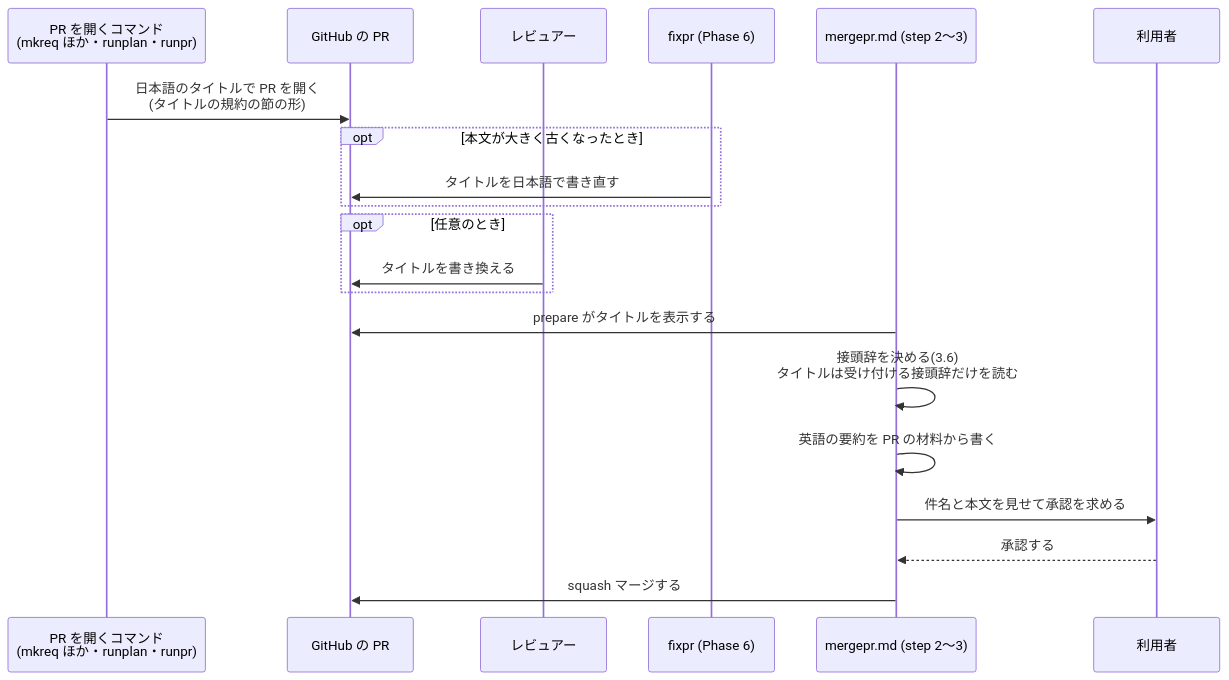
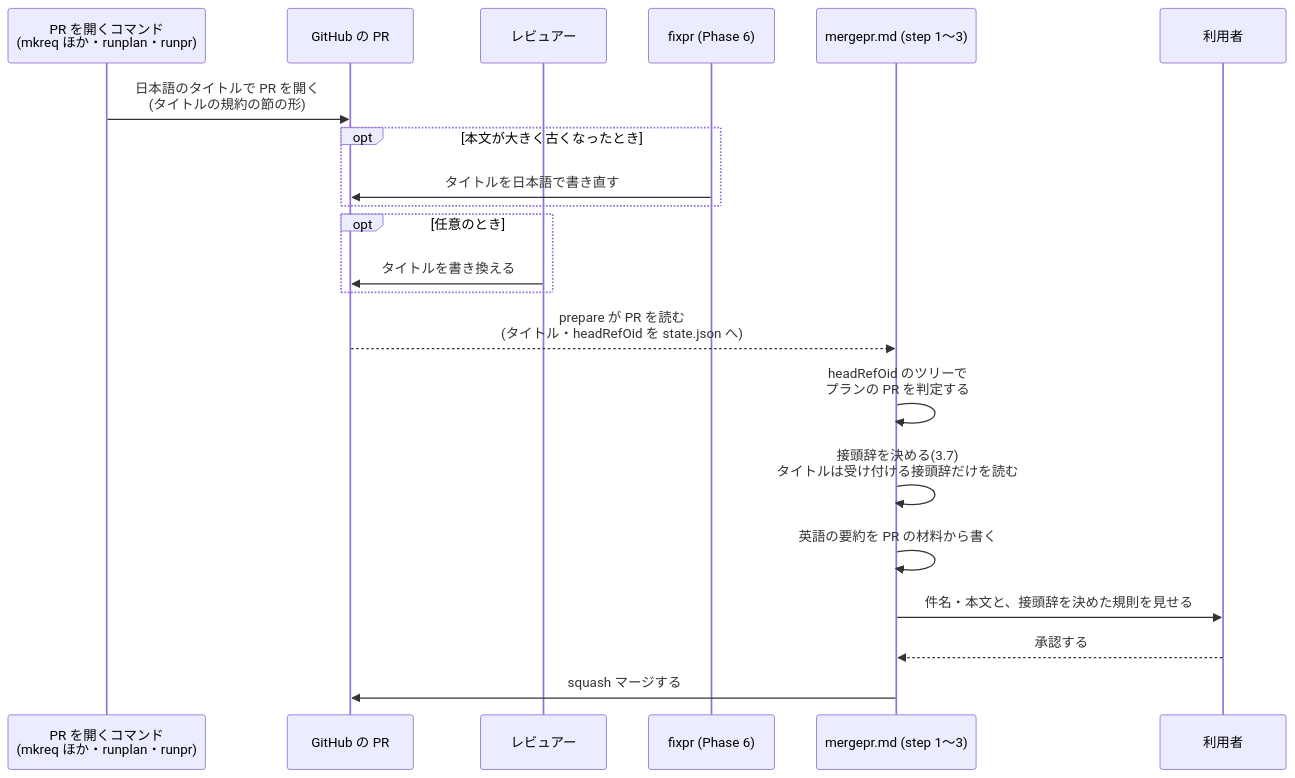
The fifth of 11 diagrams in docs/tasks/0032_japanese_pr_title/02_architecture.md (isseis/yt2column), drawn with Mermaid before and after one commit. The commit also changed other lines of this file, not shown here.

First line of the commit message:
docs(0032): address the architecture review and prose pass

````diff
--- a/docs/tasks/0032_japanese_pr_title/02_architecture.md
+++ b/docs/tasks/0032_japanese_pr_title/02_architecture.md
@@ -165,23 +177,24 @@
 ```mermaid
 sequenceDiagram
     participant C as PR を開くコマンド<br>(mkreq ほか・runplan・runpr)
     participant G as GitHub の PR
     participant R as レビュアー
     participant F as fixpr (Phase 6)
-    participant M as mergepr.md (step 2〜3)
+    participant M as mergepr.md (step 1〜3)
     participant U as 利用者
 
     C->>G: 日本語のタイトルで PR を開く<br>(タイトルの規約の節の形)
     opt 本文が大きく古くなったとき
         F->>G: タイトルを日本語で書き直す
     end
     opt 任意のとき
         R->>G: タイトルを書き換える
     end
-    M->>G: prepare がタイトルを表示する
-    M->>M: 接頭辞を決める(3.6)<br>タイトルは受け付ける接頭辞だけを読む
+    G-->>M: prepare が PR を読む<br>(タイトル・headRefOid を state.json へ)
+    M->>M: headRefOid のツリーで<br>プランの PR を判定する
+    M->>M: 接頭辞を決める(3.7)<br>タイトルは受け付ける接頭辞だけを読む
     M->>M: 英語の要約を PR の材料から書く
-    M->>U: 件名と本文を見せて承認を求める
+    M->>U: 件名・本文と、接頭辞を決めた規則を見せる
     U-->>M: 承認する
     M->>G: squash マージする
 ```
````
